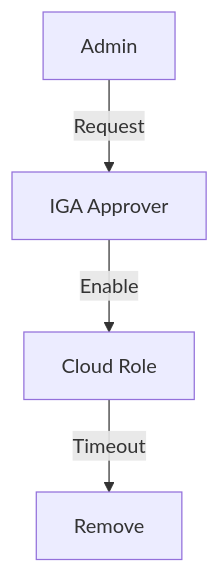
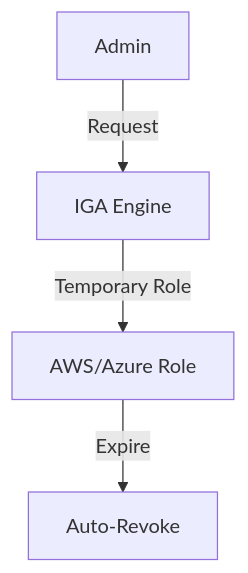
One commit to Devopstrio/identity-landingzone changed diagram 16 of 30 in README.md. Above: the diagram before and after it, drawn with Mermaid. The commit also changed other lines of this file, not shown here.

Commit message:
docs: finalize premium institutional-grade README with 30+ diagrams and executive summary

````diff
--- a/README.md
+++ b/README.md
@@ -139,6 +244,6 @@
 ```mermaid
 graph TD
-    Admin[Admin] -->|Request| IGA[IGA Approver]
-    IGA -->|Enable| Role[Cloud Role]
-    Role -->|Timeout| Revoke[Remove]
+    Admin[Admin] -->|Request| IGA[IGA Engine]
+    IGA -->|Temporary Role| Cloud[AWS/Azure Role]
+    Cloud -->|Expire| Revoke[Auto-Revoke]
 ```
````
